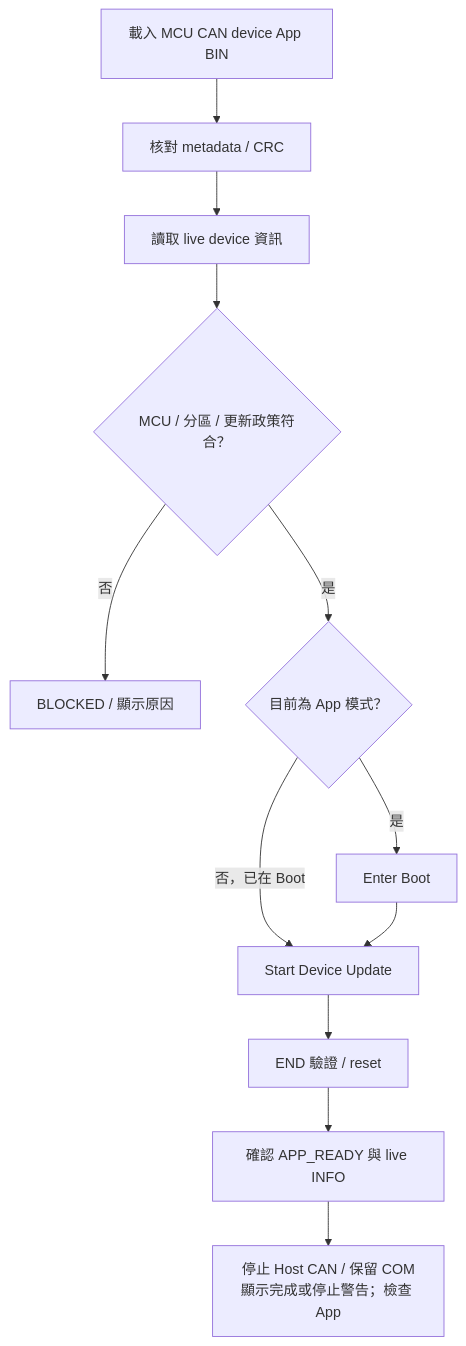
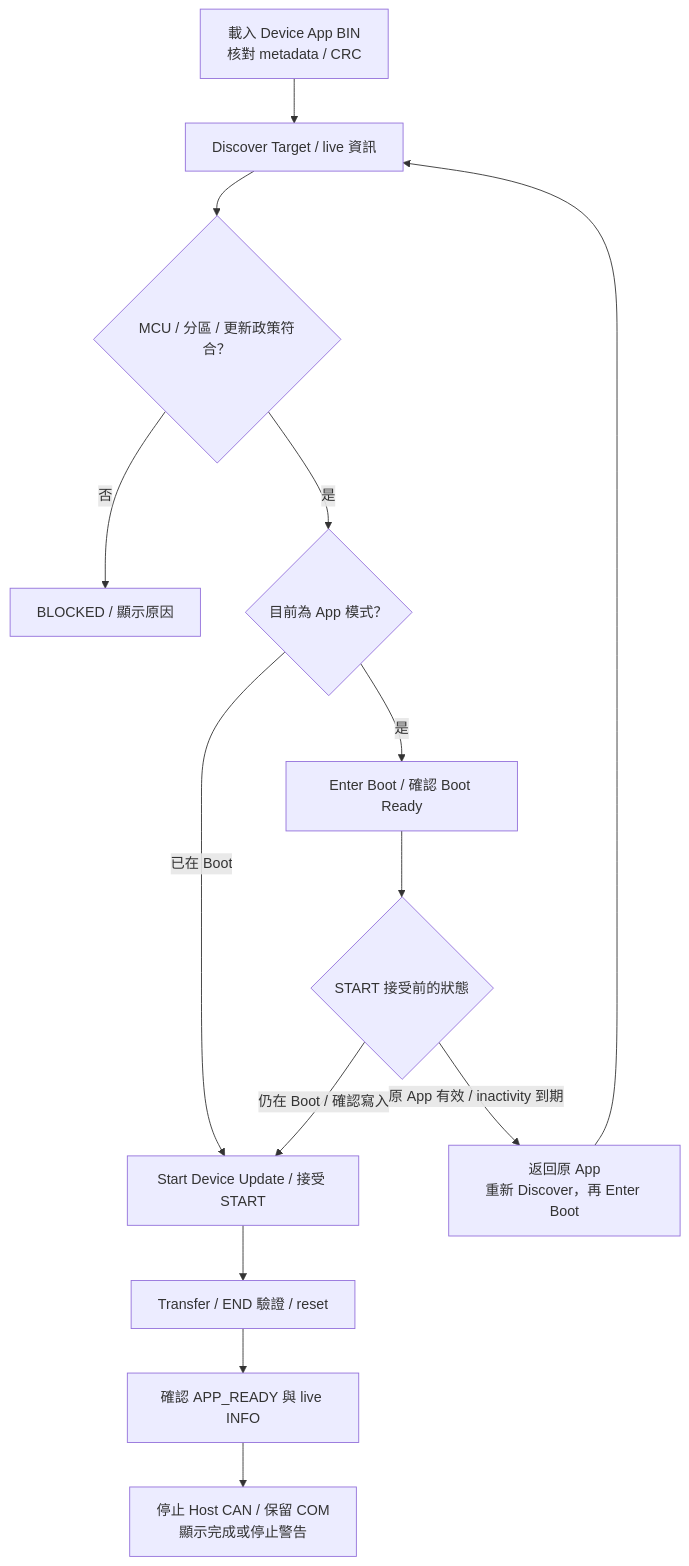
Before and after one commit to released/slide_isp_tool_for_RL78: the first of 15 diagrams in index.md, drawn with Mermaid. The commit also changed other lines of this file and 17 other files, not shown here.

````diff
--- a/index.md
+++ b/index.md
@@ -185,14 +265,16 @@
 ```mermaid
 flowchart TD
-    LOAD["載入 MCU CAN device App BIN"] --> FILE["核對 metadata / CRC"]
-    FILE --> DISCOVER["讀取 live device 資訊"]
+    LOAD["載入 Device App BIN<br/>核對 metadata / CRC"] --> DISCOVER["Discover Target / live 資訊"]
     DISCOVER --> MATCH{"MCU / 分區 / 更新政策符合？"}
     MATCH -->|否| STOP["BLOCKED / 顯示原因"]
     MATCH -->|是| MODE{"目前為 App 模式？"}
-    MODE -->|是| ENTER["Enter Boot"]
-    MODE -->|否，已在 Boot| UPDATE["Start Device Update"]
-    ENTER --> UPDATE
-    UPDATE --> END["END 驗證 / reset"]
+    MODE -->|是| ENTER["Enter Boot / 確認 Boot Ready"]
+    MODE -->|已在 Boot| UPDATE["Start Device Update / 接受 START"]
+    ENTER --> WAIT{"START 接受前的狀態"}
+    WAIT -->|仍在 Boot / 確認寫入| UPDATE
+    WAIT -->|原 App 有效 / inactivity 到期| RETURN["返回原 App<br/>重新 Discover，再 Enter Boot"]
+    RETURN --> DISCOVER
+    UPDATE --> END["Transfer / END 驗證 / reset"]
     END --> APP["確認 APP_READY 與 live INFO"]
-    APP --> DONE["停止 Host CAN / 保留 COM<br/>顯示完成或停止警告；檢查 App"]
+    APP --> DONE["停止 Host CAN / 保留 COM<br/>顯示完成或停止警告"]
 ```
````
